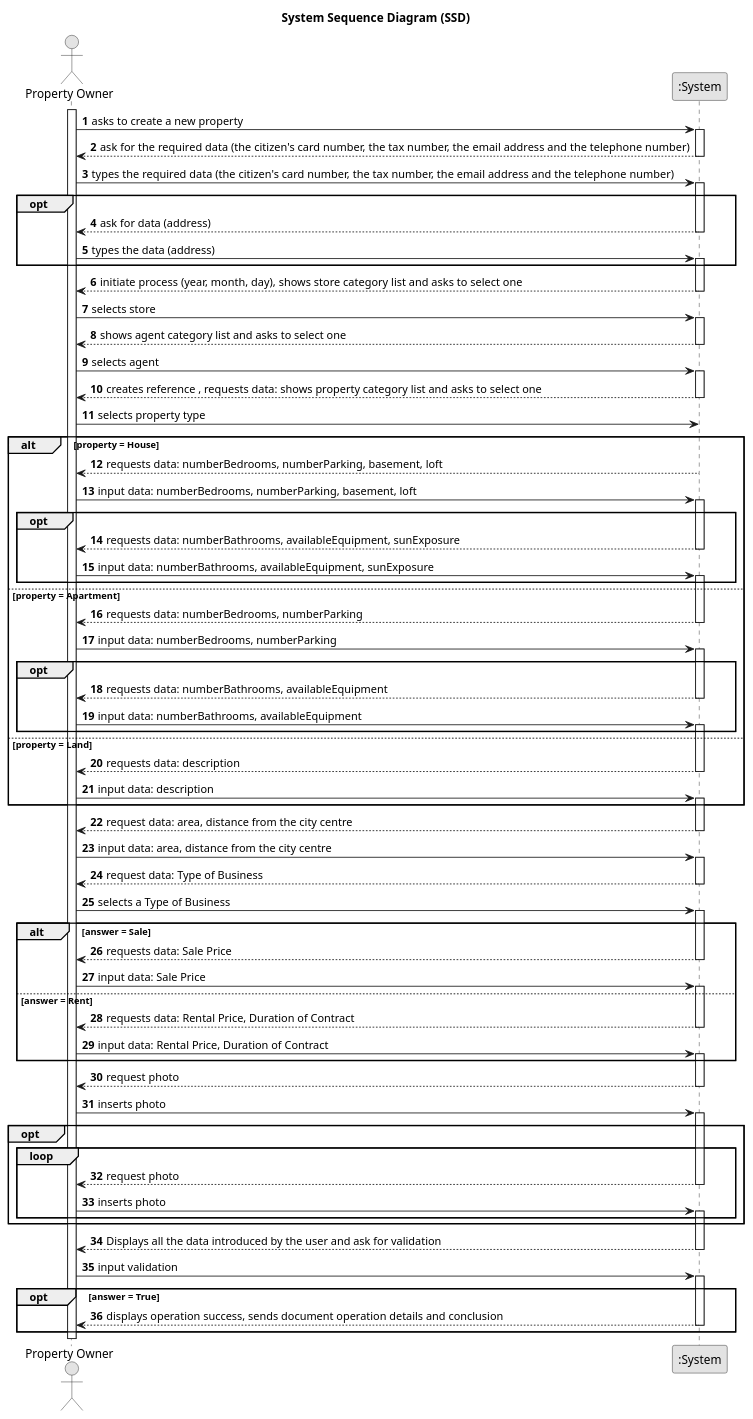
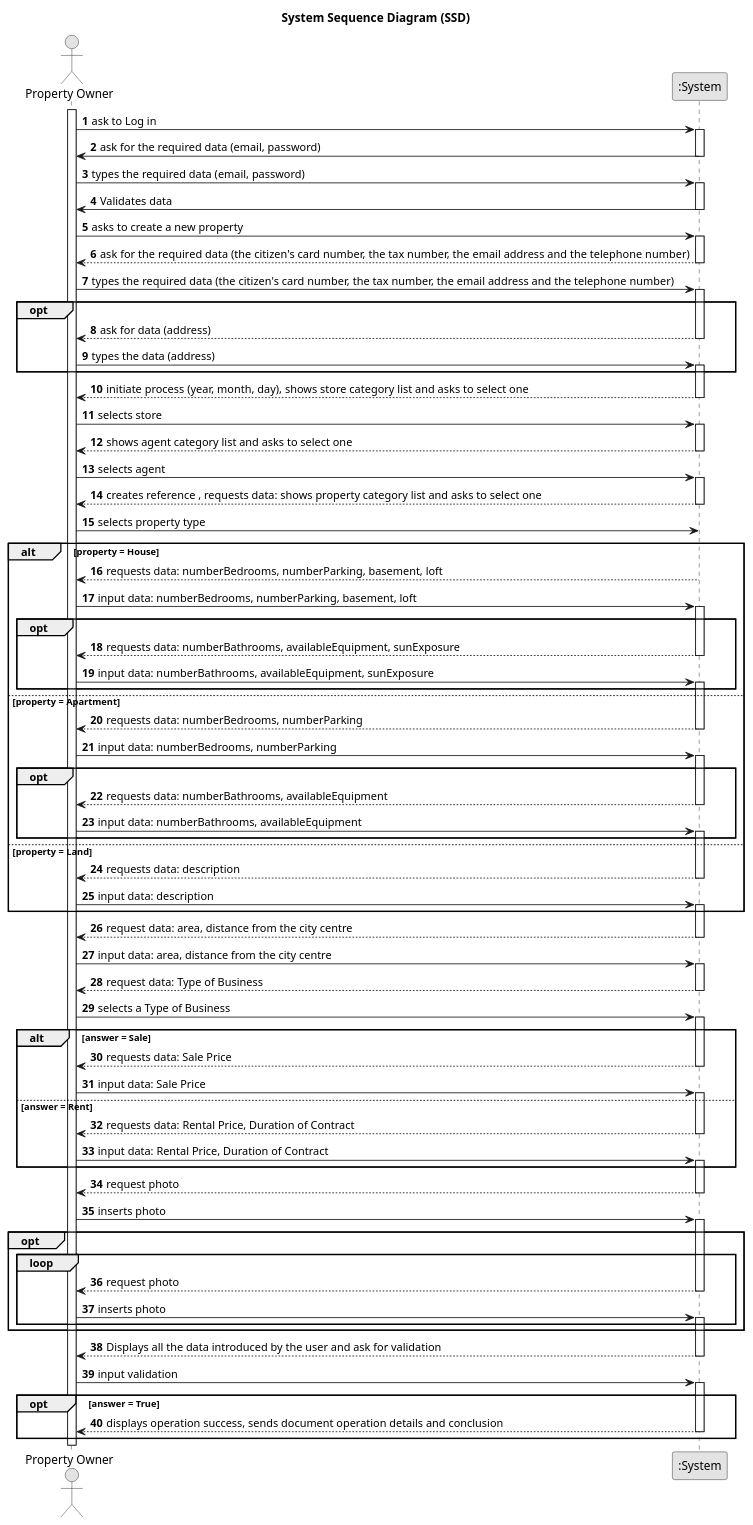
One commit to PEDROMOREIRA45/lei-23-s2-1dg-g31 changed the diagram in docs/sprintB/us004/01.requirements-engineering/puml/us004-system-sequence-diagram.puml. Above: the diagram before and after it, drawn with PlantUML. The commit also changed 1 other file, not shown here.

Commit message:
US004 - DOO SYSTEM DIAGRAM LOGIN, PROPERTY TYPE

```diff
--- a/docs/sprintB/us004/01.requirements-engineering/puml/us004-system-sequence-diagram.puml
+++ b/docs/sprintB/us004/01.requirements-engineering/puml/us004-system-sequence-diagram.puml
@@ -1,144 +1,157 @@
 @startuml
 skinparam monochrome true
 skinparam packageStyle rectangle
 skinparam shadowing false
 
 title System Sequence Diagram (SSD)
 
 autonumber
 
 actor "Property Owner" as User
 participant ":System" as System
 
 activate User
 
-        User -> System : asks to create a new property
-    activate System
+    User -> System: ask to Log in
+        activate System
+
+        System -> User: ask for the required data (email, password)
+        deactivate System
+
+    User -> System: types the required data (email, password)
+        activate System
+
+        System -> User: Validates data
+        deactivate System
+
+    User -> System : asks to create a new property
+        activate System
 
         System --> User :ask for the required data (the citizen's card number, the tax number, the email address and the telephone number)
-    deactivate System
+        deactivate System
 
-        User -> System : types the required data (the citizen's card number, the tax number, the email address and the telephone number)
-    activate System
+    User -> System : types the required data (the citizen's card number, the tax number, the email address and the telephone number)
+        activate System
 
-    group opt
+group opt
 
     System --> User :ask for data (address)
         deactivate System
 
-            User -> System : types the data (address)
+    User -> System : types the data (address)
         activate System
-    end
+end
 
 	    System --> User :initiate process (year, month, day), shows store category list and asks to select one
-    deactivate System
+        deactivate System
 
-        User -> System : selects store
-    activate System
+    User -> System : selects store
+        activate System
 
 	    System --> User : shows agent category list and asks to select one
-    deactivate System
+        deactivate System
 
-        User -> System : selects agent
-    activate System
+    User -> System : selects agent
+        activate System
 
 	    System --> User : creates reference , requests data: shows property category list and asks to select one
-    deactivate System
+        deactivate System
 
-        User -> System : selects property type
+    User -> System : selects property type
 
-
-    alt property = House
+alt property = House
             System --> User : requests data: numberBedrooms, numberParking, basement, loft
         deactivate System
 
                 User -> System : input data: numberBedrooms, numberParking, basement, loft
         activate System
 
             group opt
                 System --> User : requests data: numberBathrooms, availableEquipment, sunExposure
                 deactivate System
 
                 User -> System : input data: numberBathrooms, availableEquipment, sunExposure
                 activate System
             end
 
-    else property = Apartment
+else property = Apartment
                 System --> User : requests data: numberBedrooms, numberParking
             deactivate System
 
                     User -> System : input data: numberBedrooms, numberParking
             activate System
 
             group opt
                     System --> User : requests data: numberBathrooms, availableEquipment
                     deactivate System
 
                     User -> System : input data: numberBathrooms, availableEquipment
                     activate System
             end
 
-    else property = Land
+else property = Land
                     System --> User : requests data: description
                 deactivate System
 
                         User -> System : input data: description
                 activate System
-    end
+end
 
         System --> User : request data: area, distance from the city centre
-    deactivate System
+        deactivate System
 
-        User -> System : input data: area, distance from the city centre
-    activate System
+    User -> System : input data: area, distance from the city centre
+        activate System
 
 	    System --> User : request data: Type of Business
-    deactivate System
+        deactivate System
 
-        User -> System : selects a Type of Business
-    activate System
+    User -> System : selects a Type of Business
+        activate System
 
-    alt answer = Sale
+alt answer = Sale
         System --> User : requests data: Sale Price
-    deactivate System
+        deactivate System
 
-        User -> System : input data: Sale Price
+    User -> System : input data: Sale Price
         activate System
 
 
-    else answer = Rent
-                        System --> User : requests data: Rental Price, Duration of Contract
-                    deactivate System
-
-                            User -> System : input data: Rental Price, Duration of Contract
-                    activate System
-    end
-                System --> User : request photo
+else answer = Rent
+        System --> User : requests data: Rental Price, Duration of Contract
         deactivate System
 
-    	        User -> System : inserts photo
+    User -> System : input data: Rental Price, Duration of Contract
         activate System
-    group opt
+end
+
+        System --> User : request photo
+        deactivate System
+
+    User -> System : inserts photo
+        activate System
+
+group opt
     loop
             System --> User : request photo
-    deactivate System
+            deactivate System
 
-	        User -> System : inserts photo
-    activate System
+	    User -> System : inserts photo
+            activate System
 
     end
 
-    end
+end
             System --> User : Displays all the data introduced by the user and ask for validation
-    deactivate System
+            deactivate System
 
-            User -> System : input validation
-    activate System
+        User -> System : input validation
+            activate System
 
-    group opt [answer = True]
+group opt [answer = True]
             System --> User : displays operation success, sends document operation details and conclusion
         deactivate System
-    end
+end
 
 
 @enduml
```
